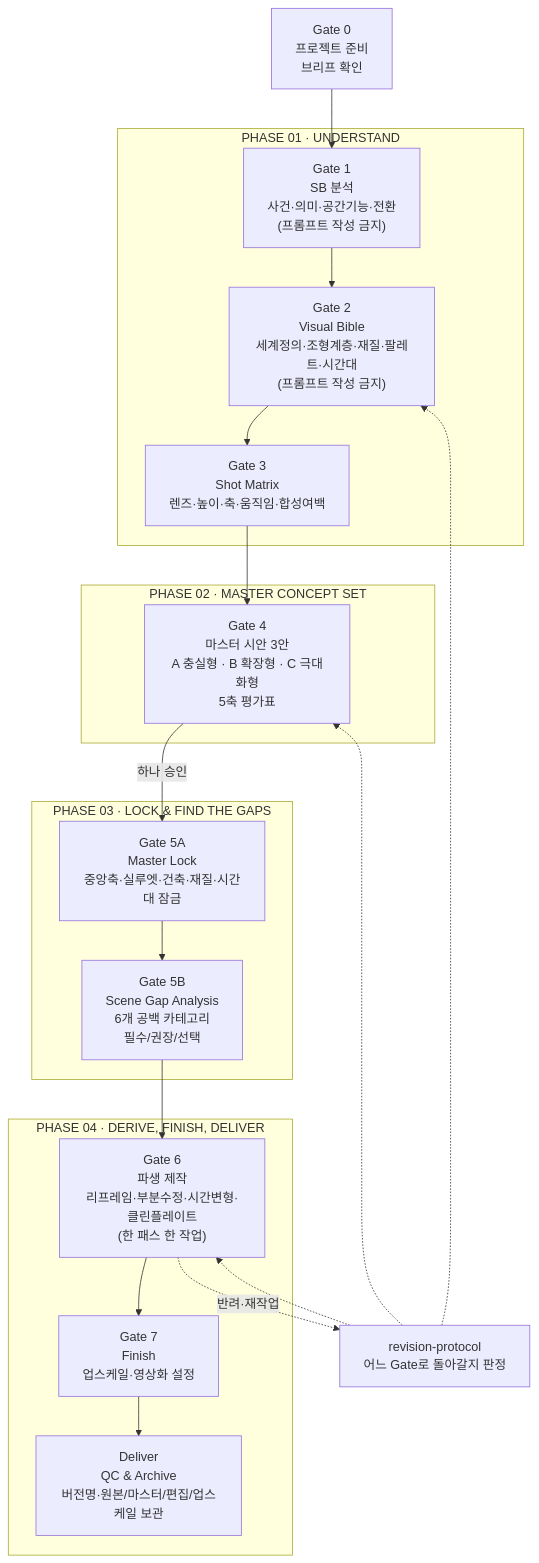
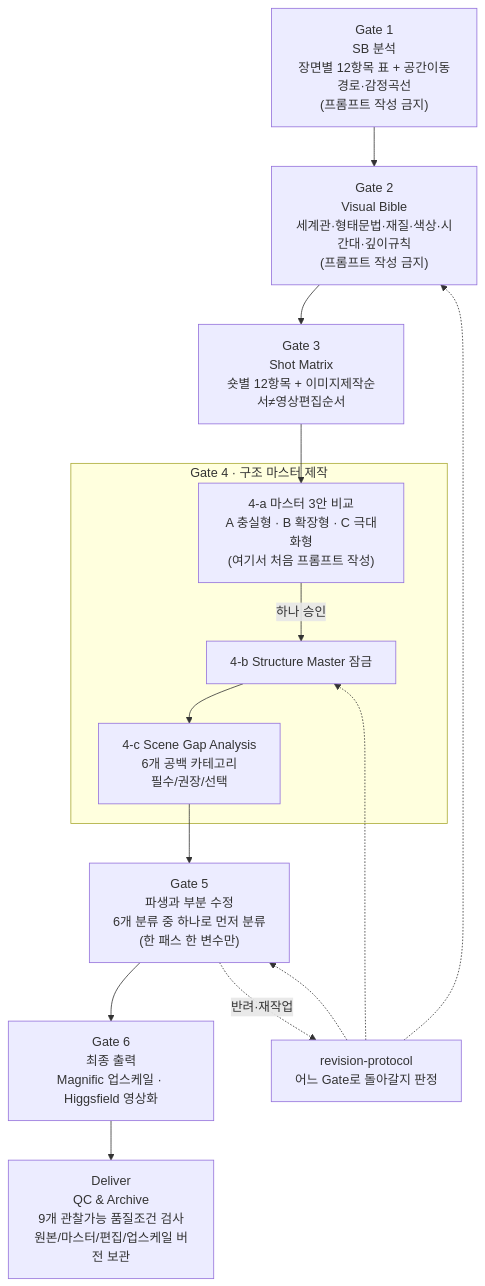
One commit to hivelabeud-maker/max changed the diagram in .claude/skills/game-cinematic-image-prompter/references/00-workflow-diagram.md. Above: the diagram before and after it, drawn with Mermaid. The commit also changed other lines of this file and 28 other files, not shown here.

````diff
--- a/.claude/skills/game-cinematic-image-prompter/references/00-workflow-diagram.md
+++ b/.claude/skills/game-cinematic-image-prompter/references/00-workflow-diagram.md
@@ -5,36 +5,24 @@
 ```mermaid
 flowchart TD
-    G0["Gate 0<br/>프로젝트 준비<br/>브리프 확인"] --> G1
+    G1["Gate 1<br/>SB 분석<br/>장면별 12항목 표 + 공간이동경로·감정곡선<br/>(프롬프트 작성 금지)"] --> G2
+    G2["Gate 2<br/>Visual Bible<br/>세계관·형태문법·재질·색상·시간대·깊이규칙<br/>(프롬프트 작성 금지)"] --> G3
+    G3["Gate 3<br/>Shot Matrix<br/>숏별 12항목 + 이미지제작순서≠영상편집순서"] --> G4a
 
-    subgraph PHASE01["PHASE 01 · UNDERSTAND"]
-        G1["Gate 1<br/>SB 분석<br/>사건·의미·공간기능·전환<br/>(프롬프트 작성 금지)"] --> G2
-        G2["Gate 2<br/>Visual Bible<br/>세계정의·조형계층·재질·팔레트·시간대<br/>(프롬프트 작성 금지)"] --> G3
-        G3["Gate 3<br/>Shot Matrix<br/>렌즈·높이·축·움직임·합성여백"]
+    subgraph GATE4["Gate 4 · 구조 마스터 제작"]
+        G4a["4-a 마스터 3안 비교<br/>A 충실형 · B 확장형 · C 극대화형<br/>(여기서 처음 프롬프트 작성)"] -->|하나 승인| G4b
+        G4b["4-b Structure Master 잠금"] --> G4c
+        G4c["4-c Scene Gap Analysis<br/>6개 공백 카테고리<br/>필수/권장/선택"]
     end
 
-    G3 --> G4
+    G4c --> G5
 
-    subgraph PHASE02["PHASE 02 · MASTER CONCEPT SET"]
-        G4["Gate 4<br/>마스터 시안 3안<br/>A 충실형 · B 확장형 · C 극대화형<br/>5축 평가표"]
-    end
+    G5["Gate 5<br/>파생과 부분 수정<br/>6개 분류 중 하나로 먼저 분류<br/>(한 패스 한 변수만)"] --> G6
 
-    G4 -->|하나 승인| G5A
+    G6["Gate 6<br/>최종 출력<br/>Magnific 업스케일 · Higgsfield 영상화"] --> QC
+    QC["Deliver<br/>QC & Archive<br/>9개 관찰가능 품질조건 검사<br/>원본/마스터/편집/업스케일 버전 보관"]
 
-    subgraph PHASE03["PHASE 03 · LOCK & FIND THE GAPS"]
-        G5A["Gate 5A<br/>Master Lock<br/>중앙축·실루엣·건축·재질·시간대 잠금"] --> G5B
-        G5B["Gate 5B<br/>Scene Gap Analysis<br/>6개 공백 카테고리<br/>필수/권장/선택"]
-    end
-
-    G5B --> G6
-
-    subgraph PHASE04["PHASE 04 · DERIVE, FINISH, DELIVER"]
-        G6["Gate 6<br/>파생 제작<br/>리프레임·부분수정·시간변형·클린플레이트<br/>(한 패스 한 작업)"] --> G7
-        G7["Gate 7<br/>Finish<br/>업스케일·영상화 설정"] --> QC
-        QC["Deliver<br/>QC & Archive<br/>버전명·원본/마스터/편집/업스케일 보관"]
-    end
-
-    G6 -.반려·재작업.-> REV["revision-protocol<br/>어느 Gate로 돌아갈지 판정"]
+    G5 -.반려·재작업.-> REV["revision-protocol<br/>어느 Gate로 돌아갈지 판정"]
     REV -.-> G2
-    REV -.-> G4
-    REV -.-> G6
+    REV -.-> G4b
+    REV -.-> G5
 ```
````
